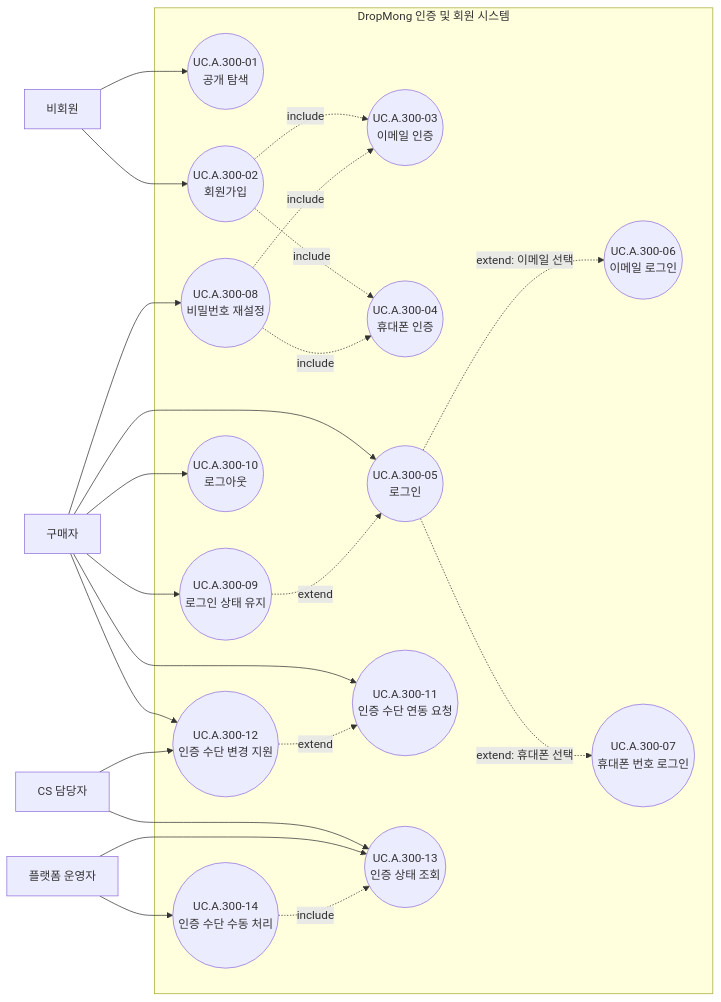
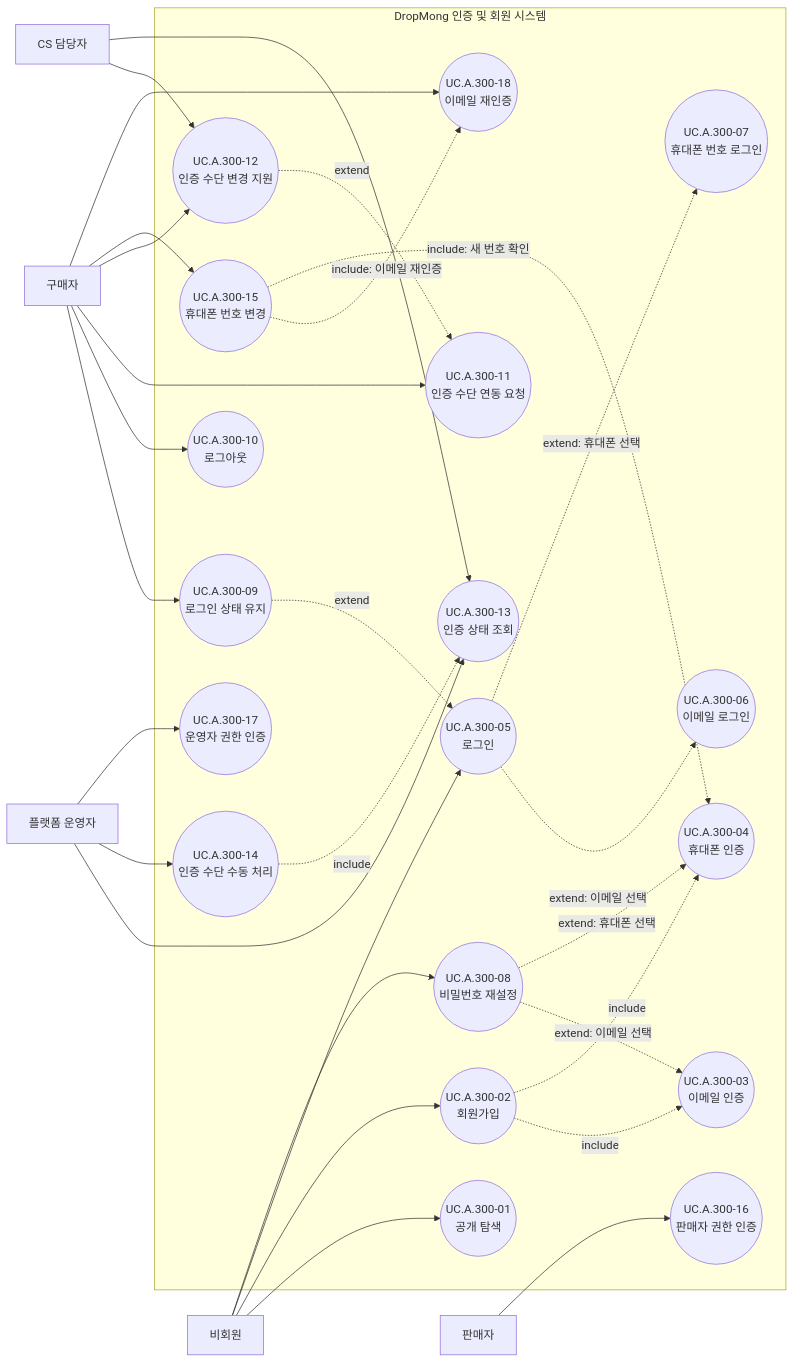
The diagram in blueprint/30-uc/UC_A_300_auth_member.md (Medikong/archive), drawn with Mermaid before and after one commit. The commit also changed other lines of this file and 14 other files, not shown here.

````diff
--- a/blueprint/30-uc/UC_A_300_auth_member.md
+++ b/blueprint/30-uc/UC_A_300_auth_member.md
@@ -35,53 +35,65 @@
 ```mermaid
 flowchart LR
     Guest["비회원"]
     Buyer["구매자"]
+    Seller["판매자"]
     CS["CS 담당자"]
     Operator["플랫폼 운영자"]
 
     subgraph AuthSystem["DropMong 인증 및 회원 시스템"]
-        UC0501(("UC.A.300-01<br/>공개 탐색"))
-        UC0502(("UC.A.300-02<br/>회원가입"))
-        UC0503(("UC.A.300-03<br/>이메일 인증"))
-        UC0504(("UC.A.300-04<br/>휴대폰 인증"))
-        UC0505(("UC.A.300-05<br/>로그인"))
-        UC0506(("UC.A.300-06<br/>이메일 로그인"))
-        UC0507(("UC.A.300-07<br/>휴대폰 번호 로그인"))
-        UC0508(("UC.A.300-08<br/>비밀번호 재설정"))
-        UC0509(("UC.A.300-09<br/>로그인 상태 유지"))
-        UC0510(("UC.A.300-10<br/>로그아웃"))
-        UC0511(("UC.A.300-11<br/>인증 수단 연동 요청"))
-        UC0512(("UC.A.300-12<br/>인증 수단 변경 지원"))
-        UC0513(("UC.A.300-13<br/>인증 상태 조회"))
-        UC0514(("UC.A.300-14<br/>인증 수단 수동 처리"))
+        UC30001(("UC.A.300-01<br/>공개 탐색"))
+        UC30002(("UC.A.300-02<br/>회원가입"))
+        UC30003(("UC.A.300-03<br/>이메일 인증"))
+        UC30004(("UC.A.300-04<br/>휴대폰 인증"))
+        UC30005(("UC.A.300-05<br/>로그인"))
+        UC30006(("UC.A.300-06<br/>이메일 로그인"))
+        UC30007(("UC.A.300-07<br/>휴대폰 번호 로그인"))
+        UC30008(("UC.A.300-08<br/>비밀번호 재설정"))
+        UC30009(("UC.A.300-09<br/>로그인 상태 유지"))
+        UC30010(("UC.A.300-10<br/>로그아웃"))
+        UC30011(("UC.A.300-11<br/>인증 수단 연동 요청"))
+        UC30012(("UC.A.300-12<br/>인증 수단 변경 지원"))
+        UC30013(("UC.A.300-13<br/>인증 상태 조회"))
+        UC30014(("UC.A.300-14<br/>인증 수단 수동 처리"))
+        UC30015(("UC.A.300-15<br/>휴대폰 번호 변경"))
+        UC30016(("UC.A.300-16<br/>판매자 권한 인증"))
+        UC30017(("UC.A.300-17<br/>운영자 권한 인증"))
+        UC30018(("UC.A.300-18<br/>이메일 재인증"))
     end
 
-    Guest --> UC0501
-    Guest --> UC0502
+    Guest --> UC30001
+    Guest --> UC30002
+    Guest --> UC30005
+    Guest --> UC30008
 
-    Buyer --> UC0505
-    Buyer --> UC0508
-    Buyer --> UC0509
-    Buyer --> UC0510
-    Buyer --> UC0511
-    Buyer --> UC0512
+    Buyer --> UC30009
+    Buyer --> UC30010
+    Buyer --> UC30011
+    Buyer --> UC30012
+    Buyer --> UC30015
+    Buyer --> UC30018
 
-    CS --> UC0512
-    CS --> UC0513
+    Seller --> UC30016
 
-    Operator --> UC0513
-    Operator --> UC0514
+    CS --> UC30012
+    CS --> UC30013
 
-    UC0502 -. "include" .-> UC0503
-    UC0502 -. "include" .-> UC0504
+    Operator --> UC30013
+    Operator --> UC30014
+    Operator --> UC30017
 
-    UC0505 -. "extend: 이메일 선택" .-> UC0506
-    UC0505 -. "extend: 휴대폰 선택" .-> UC0507
+    UC30002 -. "include" .-> UC30003
+    UC30002 -. "include" .-> UC30004
 
-    UC0508 -. "include" .-> UC0503
-    UC0508 -. "include" .-> UC0504
+    UC30005 -. "extend: 이메일 선택" .-> UC30006
+    UC30005 -. "extend: 휴대폰 선택" .-> UC30007
 
-    UC0509 -. "extend" .-> UC0505
-    UC0512 -. "extend" .-> UC0511
-    UC0514 -. "include" .-> UC0513
+    UC30008 -. "extend: 이메일 선택" .-> UC30003
+    UC30008 -. "extend: 휴대폰 선택" .-> UC30004
+
+    UC30009 -. "extend" .-> UC30005
+    UC30012 -. "extend" .-> UC30011
+    UC30014 -. "include" .-> UC30013
+    UC30015 -. "include: 이메일 재인증" .-> UC30018
+    UC30015 -. "include: 새 번호 확인" .-> UC30004
 ```
````
